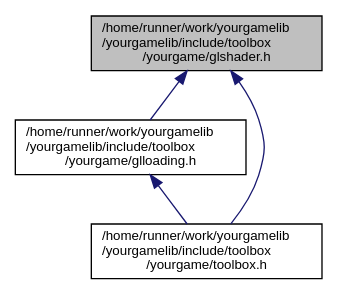
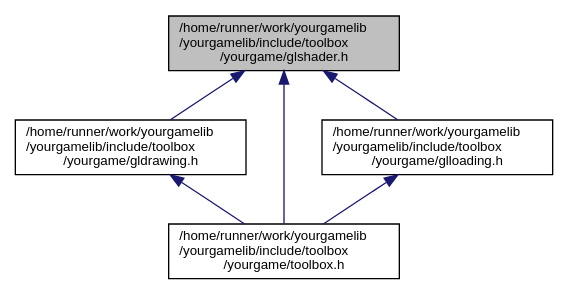
The diagram in glshader_8h__dep__incl.dot (duddel/yourgamelib), drawn with Graphviz before and after one commit. The commit also changed 50 other files, not shown here.

```diff
--- a/glshader_8h__dep__incl.dot
+++ b/glshader_8h__dep__incl.dot
@@ -1,11 +1,14 @@
 digraph "/home/runner/work/yourgamelib/yourgamelib/include/toolbox/yourgame/glshader.h"
 {
   edge [fontname="Helvetica",fontsize="10",labelfontname="Helvetica",labelfontsize="10"];
   node [fontname="Helvetica",fontsize="10",shape=record];
   Node5 [label="/home/runner/work/yourgamelib\l/yourgamelib/include/toolbox\l/yourgame/glshader.h",height=0.2,width=0.4,color="black", fillcolor="grey75", style="filled", fontcolor="black"];
   Node5 -> Node6 [dir="back",color="midnightblue",fontsize="10",style="solid",fontname="Helvetica"];
-  Node6 [label="/home/runner/work/yourgamelib\l/yourgamelib/include/toolbox\l/yourgame/glloading.h",height=0.2,width=0.4,color="black", fillcolor="white", style="filled",URL="$glloading_8h.html"];
+  Node6 [label="/home/runner/work/yourgamelib\l/yourgamelib/include/toolbox\l/yourgame/gldrawing.h",height=0.2,width=0.4,color="black", fillcolor="white", style="filled",URL="$gldrawing_8h.html"];
   Node6 -> Node7 [dir="back",color="midnightblue",fontsize="10",style="solid",fontname="Helvetica"];
   Node7 [label="/home/runner/work/yourgamelib\l/yourgamelib/include/toolbox\l/yourgame/toolbox.h",height=0.2,width=0.4,color="black", fillcolor="white", style="filled",URL="$toolbox_8h.html"];
+  Node5 -> Node8 [dir="back",color="midnightblue",fontsize="10",style="solid",fontname="Helvetica"];
+  Node8 [label="/home/runner/work/yourgamelib\l/yourgamelib/include/toolbox\l/yourgame/glloading.h",height=0.2,width=0.4,color="black", fillcolor="white", style="filled",URL="$glloading_8h.html"];
+  Node8 -> Node7 [dir="back",color="midnightblue",fontsize="10",style="solid",fontname="Helvetica"];
   Node5 -> Node7 [dir="back",color="midnightblue",fontsize="10",style="solid",fontname="Helvetica"];
 }
```
